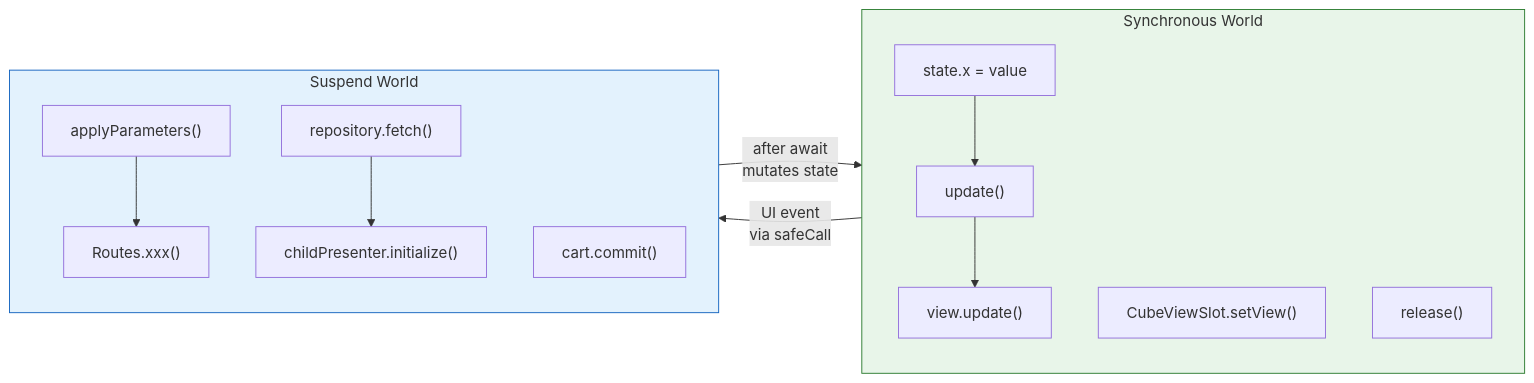
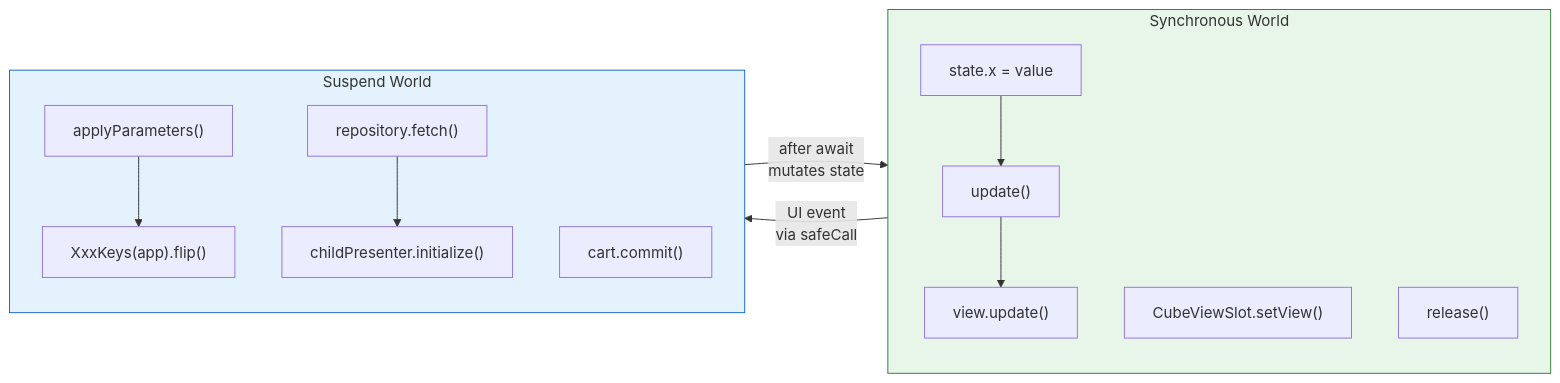
One commit to mrcdom/wdc-cube-kotlin changed diagram 11 of 19 in docs/architecture-cube.md. Above: the diagram before and after it, drawn with Mermaid. The commit also changed other lines of this file and 27 other files, not shown here.

````diff
--- a/docs/architecture-cube.md
+++ b/docs/architecture-cube.md
@@ -620,29 +625,29 @@
 ```mermaid
 flowchart LR
     subgraph SYNC["Synchronous World"]
         direction TB
         S1["state.x = value"]
         S2["update()"]
         S3["view.update()"]
         S4["CubeViewSlot.setView()"]
         S5["release()"]
         S1 --> S2 --> S3
     end
 
     subgraph SUSPEND["Suspend World"]
         direction TB
         A1["applyParameters()"]
-        A2["Routes.xxx()"]
+        A2["XxxKeys(app).flip()"]
         A3["repository.fetch()"]
         A4["childPresenter.initialize()"]
         A5["cart.commit()"]
         A1 --> A2
         A3 --> A4
     end
 
     SUSPEND -->|"after await\nmutates state"| SYNC
     SYNC -->|"UI event\nvia safeCall"| SUSPEND
 
     style SYNC fill:#e8f5e9,stroke:#2e7d32
     style SUSPEND fill:#e3f2fd,stroke:#1565c0
 ```
````
